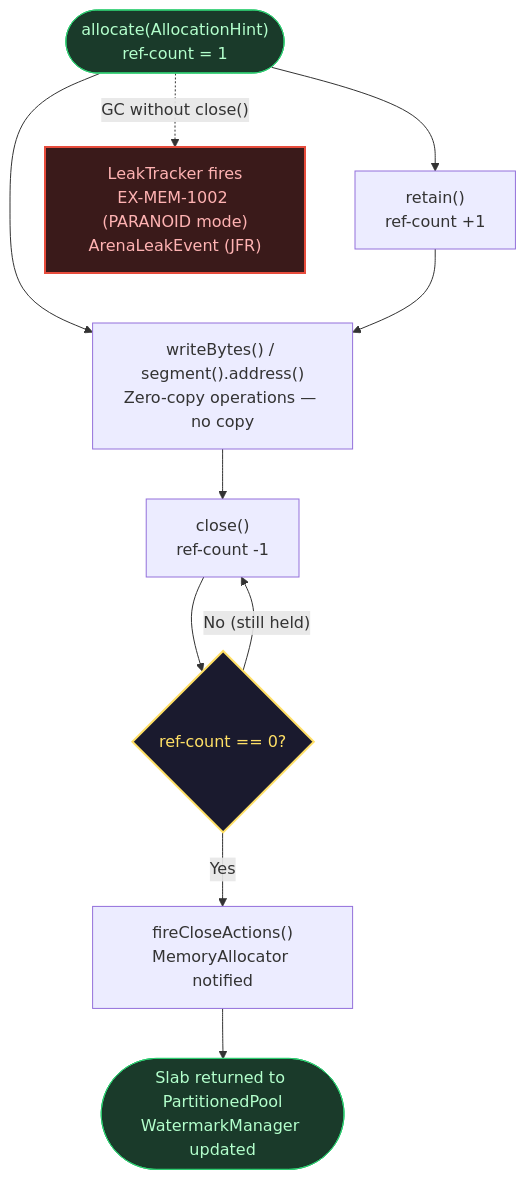
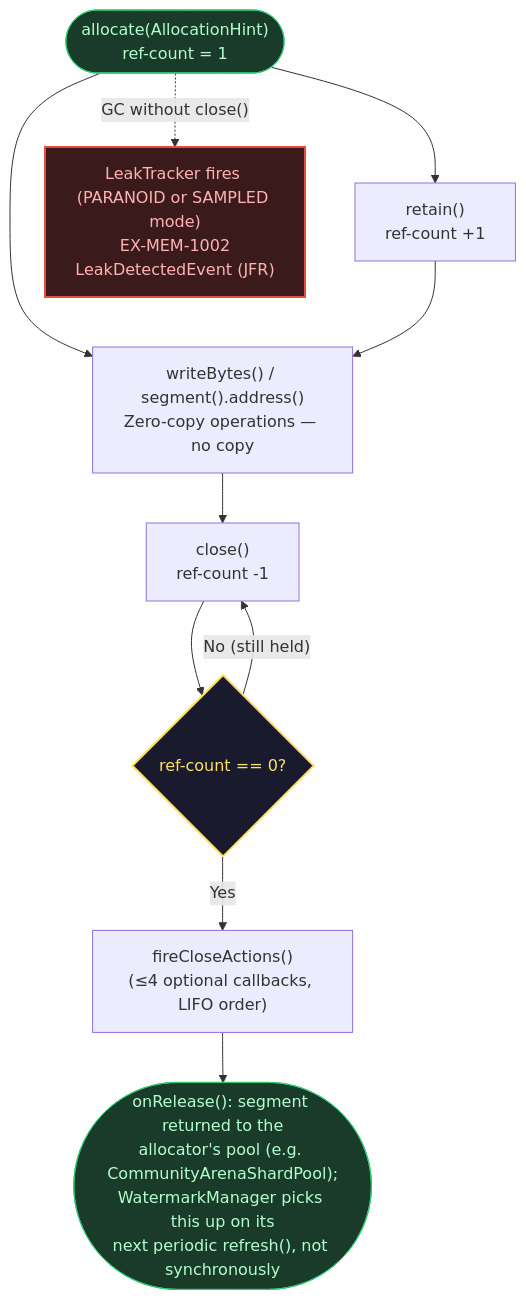
One commit to exeris-systems/exeris-kernel changed the third of 3 diagrams in docs/subsystems/memory.md. Above: the diagram before and after it, drawn with Mermaid. The commit also changed other lines of this file and 43 other files, not shown here.

````diff
--- a/docs/subsystems/memory.md
+++ b/docs/subsystems/memory.md
@@ -278,27 +334,27 @@
 ```mermaid
 flowchart TD
     A(["allocate(AllocationHint)\nref-count = 1"])
     B["retain()\nref-count +1"]
     C["writeBytes() / segment().address()\nZero-copy operations — no copy"]
     D["close()\nref-count -1"]
     E{"ref-count == 0?"}
-    F["fireCloseActions()\nMemoryAllocator notified"]
-    G(["Slab returned to PartitionedPool\nWatermarkManager updated"])
-    LEAK["LeakTracker fires\nEX-MEM-1002 (PARANOID mode)\nArenaLeakEvent (JFR)"]
+    F["fireCloseActions()\n(≤4 optional callbacks, LIFO order)"]
+    G(["onRelease(): segment returned to the\nallocator's pool (e.g. CommunityArenaShardPool);\nWatermarkManager picks this up on its\nnext periodic refresh(), not synchronously"])
+    LEAK["LeakTracker fires (PARANOID or SAMPLED mode)\nEX-MEM-1002\nLeakDetectedEvent (JFR)"]
 
     A --> B
     A --> C
     B --> C
     C --> D
     D --> E
     E -->|"No (still held)"| D
     E -->|"Yes"| F
     F --> G
 
     A -.->|"GC without close()"| LEAK
 
     style A fill:#1a3a2a,color:#b3ffcc,stroke:#2ecc71
     style G fill:#1a3a2a,color:#b3ffcc,stroke:#2ecc71
     style LEAK fill:#3a1a1a,color:#ffb3b3,stroke:#e74c3c,stroke-width:2px
     style E fill:#1a1a2e,color:#ffe066,stroke:#ffe066,stroke-width:2px
 ```
````
